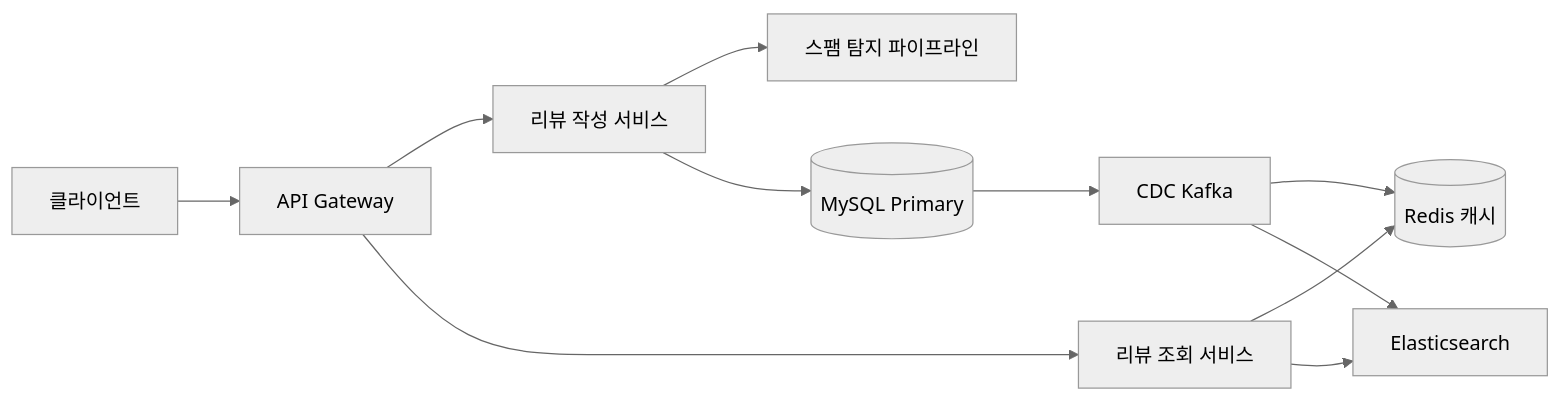
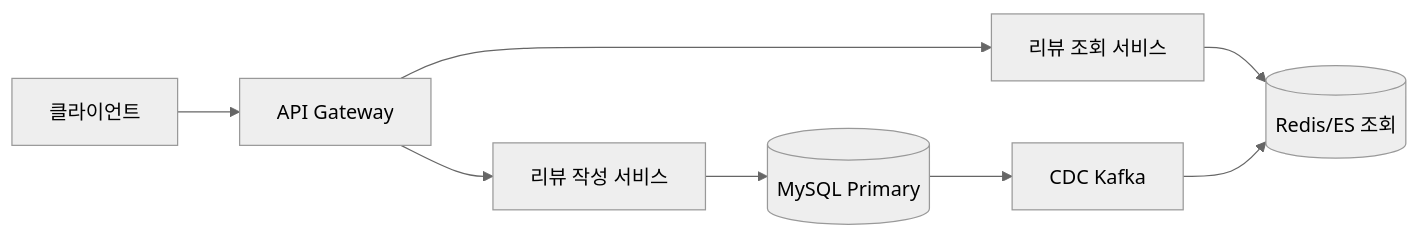
One commit to yjkim2015/yjkim2015.github.io changed the first of 3 diagrams in _posts/systemdesign/2026-05-11-system-design-review.md. Above: the diagram before and after it, drawn with Mermaid (neutral theme). The commit also changed other lines of this file and 9 other files, not shown here.

````diff
--- a/_posts/systemdesign/2026-05-11-system-design-review.md
+++ b/_posts/systemdesign/2026-05-11-system-design-review.md
@@ -141,13 +141,10 @@
 ```mermaid
 graph LR
     A[클라이언트] --> B[API Gateway]
     B --> C[리뷰 작성 서비스]
     B --> D[리뷰 조회 서비스]
-    C --> E[스팸 탐지 파이프라인]
-    C --> F[(MySQL Primary)]
-    D --> G[(Redis 캐시)]
-    D --> H[Elasticsearch]
-    F --> I[CDC Kafka]
-    I --> G
-    I --> H
+    C --> E[(MySQL Primary)]
+    D --> F[(Redis/ES 조회)]
+    E --> G[CDC Kafka]
+    G --> F
 ```
````
